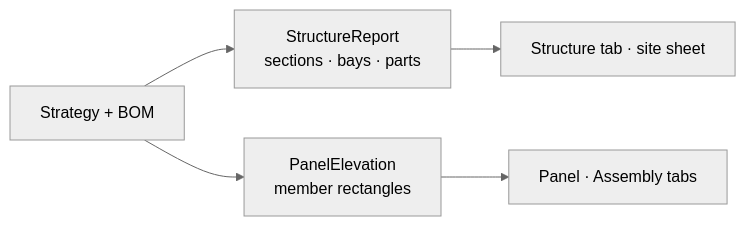
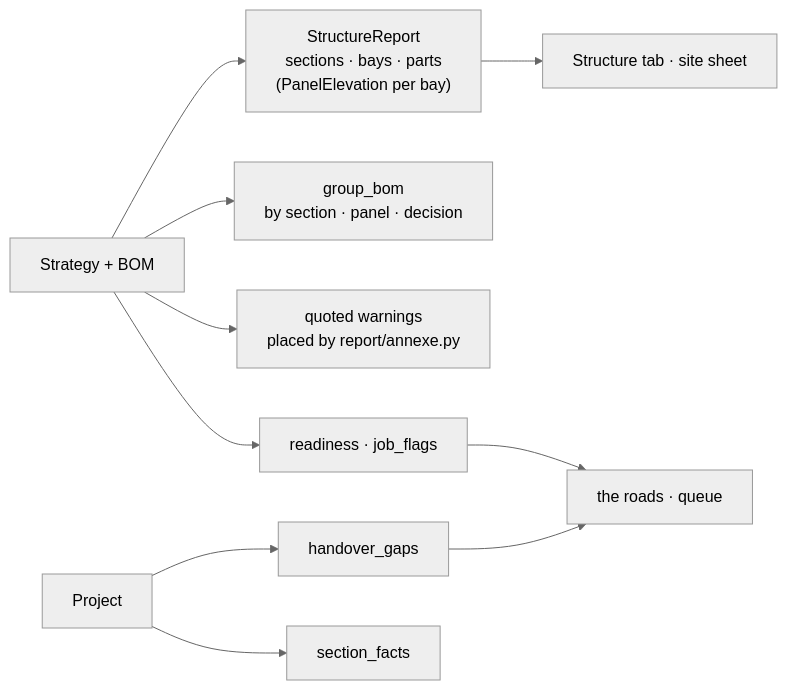
Before and after one commit to spicysauce1955-stack/BOM: the fifth of 5 diagrams in docs/architecture/00-overview.md, drawn with Mermaid (neutral theme). The commit also changed other lines of this file and 14 other files, not shown here.

````diff
--- a/docs/architecture/00-overview.md
+++ b/docs/architecture/00-overview.md
@@ -122,7 +211,12 @@
 ```mermaid
 flowchart LR
-    S["Strategy + BOM"] --> ST["StructureReport<br/>sections · bays · parts"]
-    S --> EL["PanelElevation<br/>member rectangles"]
+    S["Strategy + BOM"] --> ST["StructureReport<br/>sections · bays · parts<br/>(PanelElevation per bay)"]
+    S --> GB["group_bom<br/>by section · panel · decision"]
+    S --> AN["quoted warnings<br/>placed by report/annexe.py"]
+    PJ["Project"] --> HG["handover_gaps"]
+    PJ --> SF["section_facts"]
+    S --> RD["readiness · job_flags"]
     ST --> UI1["Structure tab · site sheet"]
-    EL --> UI2["Panel · Assembly tabs"]
+    HG --> UI2["the roads · queue"]
+    RD --> UI2
 ```
````
